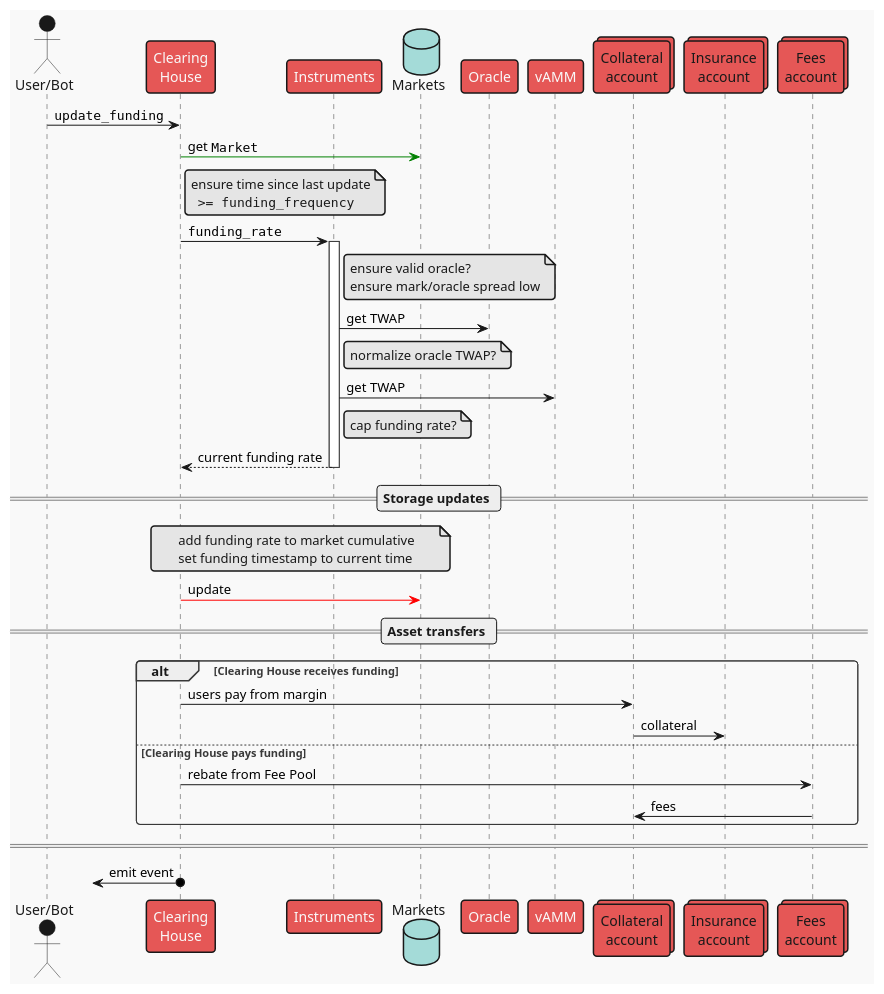
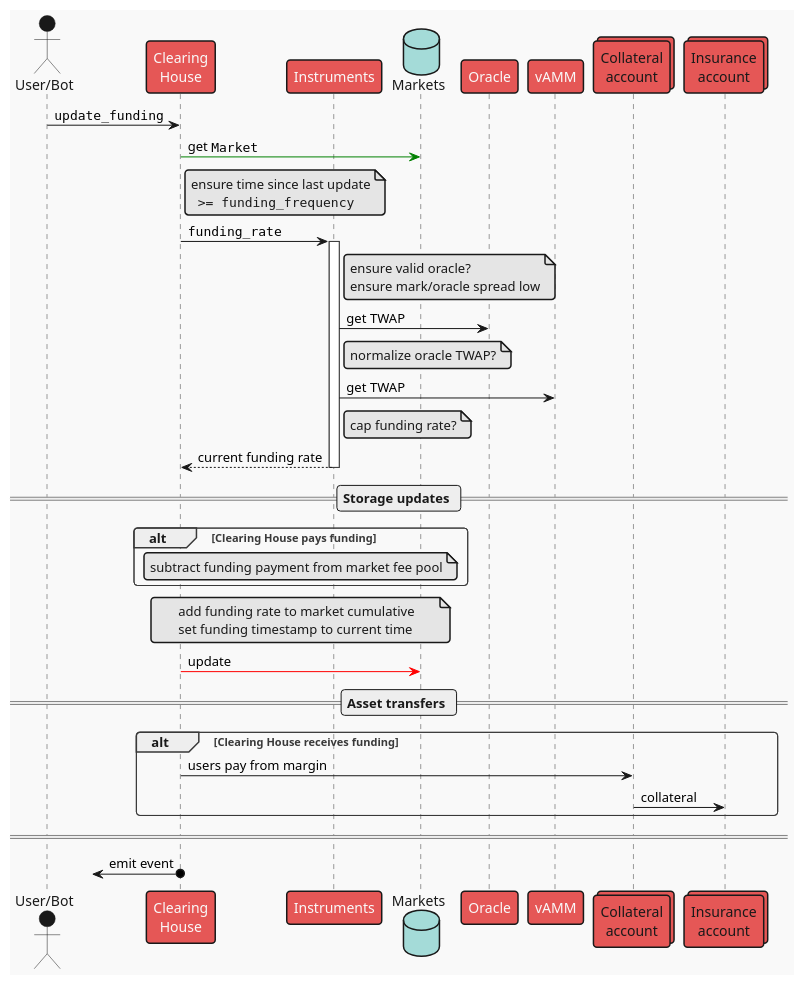
Before and after one commit to ComposableFi/composable: the diagram in frame/clearing-house/diagrams/update-funding.plantuml, drawn with PlantUML.

Commit message:
docs(CH): update update_funding seq diagram

```diff
--- a/frame/clearing-house/diagrams/update-funding.plantuml
+++ b/frame/clearing-house/diagrams/update-funding.plantuml
@@ -1,60 +1,62 @@
 @startuml update_funding
 !theme mars
 
 actor "User/Bot" as user
 participant "Clearing\nHouse" as ch
 participant "Instruments" as inst
 database "Markets" as mkts
 participant "Oracle" as oracle
 participant "vAMM" as vamm
 collections "Collateral\naccount" as vault
 collections "Insurance\naccount" as insurance
-collections "Fees\naccount" as fees
 
 user -> ch : ""update_funding""
 
 ch -[#green]> mkts : get ""Market""
 
 note right ch
 ensure time since last update
   "">= funding_frequency""
 end note
 
 ch -> inst ++: ""funding_rate""
 note right inst
-ensure valid oracle?
-ensure mark/oracle spread low
+    ensure valid oracle?
+    ensure mark/oracle spread low
 end note
 inst -> oracle : get TWAP
 note right inst
-normalize oracle TWAP?
+    normalize oracle TWAP?
 end note
 inst -> vamm : get TWAP
 note right inst
-cap funding rate?
+    cap funding rate?
 end note
 return current funding rate
 
 == Storage updates ==
 
+alt Clearing House pays funding
+    note over ch, mkts
+        subtract funding payment from market fee pool
+    end note
+end
+
 note over ch, mkts
-add funding rate to market cumulative
-set funding timestamp to current time
+    add funding rate to market cumulative
+    set funding timestamp to current time
 end note
 ch -[#red]> mkts : update
 
 == Asset transfers ==
 
 alt Clearing House receives funding
     ch -> vault : users pay from margin
     vault -> insurance : collateral
-else Clearing House pays funding
-    ch -> fees : rebate from Fee Pool
-    fees -> vault : fees
 end
 
 ====
 
 ?<-o ch : emit event
 
 @enduml
```
